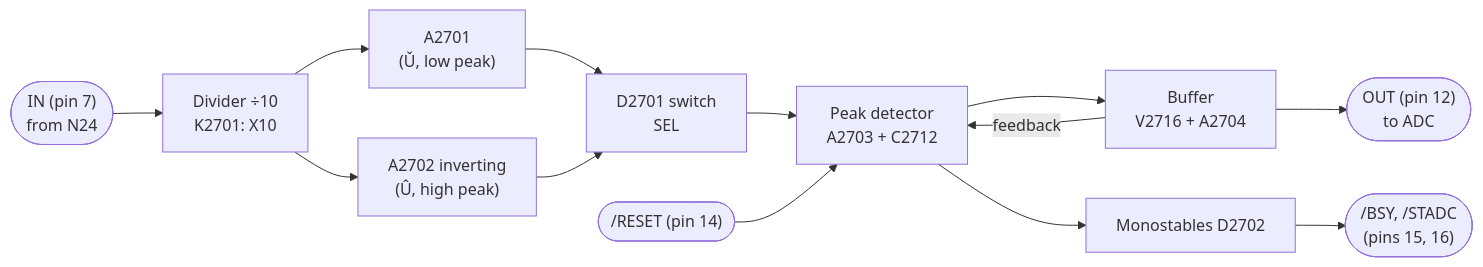
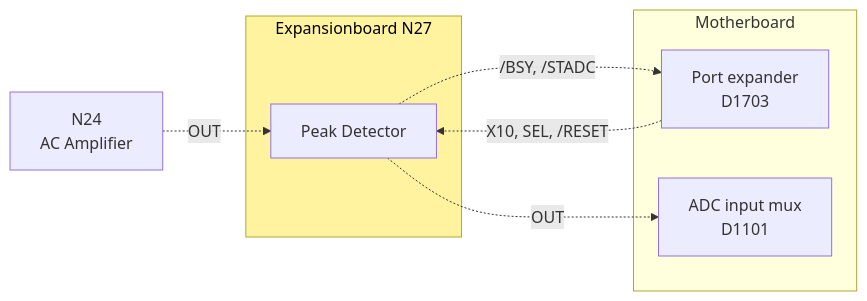
Before and after one commit to deqit/PhilipsPM2528: the diagram in Deepdive/N27/README.md, drawn with Mermaid. The commit also changed other lines of this file and 91 other files, not shown here.

````diff
--- a/Deepdive/N27/README.md
+++ b/Deepdive/N27/README.md
@@ -12,15 +15,16 @@
 ```mermaid
 flowchart LR
-    IN(["IN (pin 7)<br/>from N24"]) --> DIV["Divider ÷10<br/>K2701: X10"]
-    DIV --> A2701["A2701<br/>(Ǔ, low peak)"]
-    DIV --> A2702["A2702 inverting<br/>(Û, high peak)"]
-    A2701 --> SW["D2701 switch<br/>SEL"]
-    A2702 --> SW
-    SW --> DET["Peak detector<br/>A2703 + C2712"]
-    DET --> BUF["Buffer<br/>V2716 + A2704"]
-    BUF --> OUT(["OUT (pin 12)<br/>to ADC"])
-    BUF -- "feedback" --> DET
-    RES(["/RESET (pin 14)"]) --> DET
-    DET --> MONO["Monostables D2702"]
-    MONO --> BSY(["/BSY, /STADC<br/>(pins 15, 16)"])
+    N24["N24<br/>AC Amplifier"]
+    subgraph N27["Expansionboard N27"]
+        PK["Peak Detector"]
+    end
+    subgraph N1["Motherboard"]
+        EXP["Port expander<br/>D1703"]
+        MUX["ADC input mux<br/>D1101"]
+    end
+    N24 -. "OUT" .-> PK
+    EXP -. "X10, SEL, /RESET" .-> PK
+    PK -. "/BSY, /STADC" .-> EXP
+    PK -. "OUT" .-> MUX
+    style N27 fill:#fff3a0,color:#000
 ```
````
